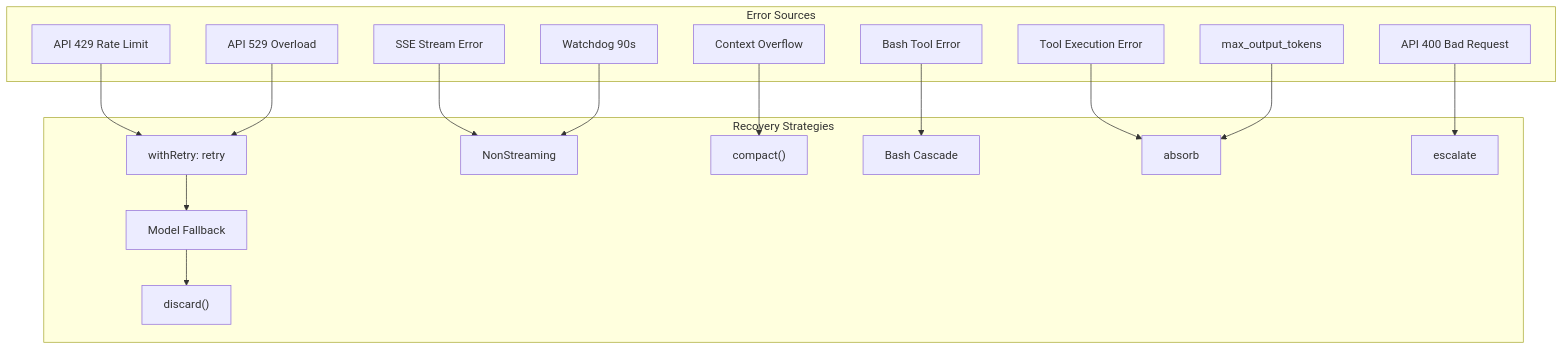
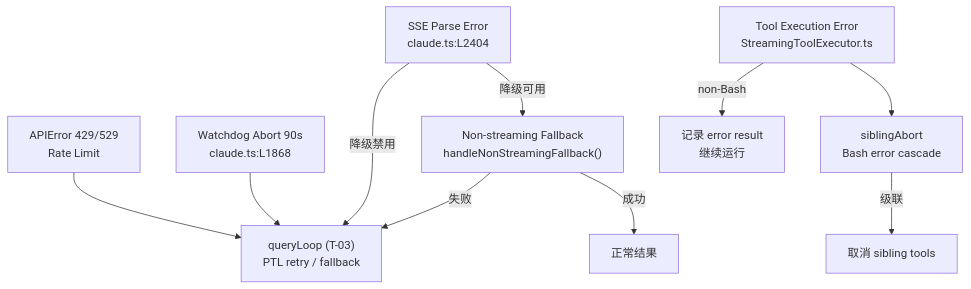
Before and after one commit to LiuYuuChen/clawcode_analysis: the seventh of 8 diagrams in branches/main/task-analyses/T-04-query-api-messages.md, drawn with Mermaid. The commit also changed other lines of this file and 137 other files, not shown here.

````diff
--- a/branches/main/task-analyses/T-04-query-api-messages.md
+++ b/branches/main/task-analyses/T-04-query-api-messages.md
@@ -887,35 +882,20 @@
 ```mermaid
 flowchart TD
-    subgraph ErrorSources["Error Sources"]
-        API429["API 429 Rate Limit"]
-        API529["API 529 Overload"]
-        API400["API 400 Bad Request"]
-        SSE_ERR["SSE Stream Error"]
-        WD["Watchdog 90s"]
-        TOOL_ERR["Tool Execution Error"]
-        BASH_ERR["Bash Tool Error"]
-        OVF["Context Overflow"]
-        MAX_TOKENS["max_output_tokens"]
-    end
-    subgraph Recovery["Recovery Strategies"]
-        RETRY["withRetry: retry"]
-        FALLBACK["Model Fallback"]
-        NONSTREAM["NonStreaming"]
-        COMPACT["compact()"]
-        DISCARD["discard()"]
-        CASCADE["Bash Cascade"]
-        ABSORB["absorb"]
-        ESCALATE["escalate"]
-    end
-    API429 --> RETRY
-    API529 --> RETRY
-    RETRY --> FALLBACK
-    FALLBACK --> DISCARD
-    SSE_ERR --> NONSTREAM
-    WD --> NONSTREAM
-    TOOL_ERR --> ABSORB
-    BASH_ERR --> CASCADE
-    OVF --> COMPACT
-    MAX_TOKENS --> ABSORB
-    API400 --> ESCALATE
+    API429["APIError 429/529<br/>Rate Limit"]
+    SSEErr["SSE Parse Error<br/>claude.ts:L2404"]
+    ToolErr["Tool Execution Error<br/>StreamingToolExecutor.ts"]
+    Watchdog["Watchdog Abort 90s<br/>claude.ts:L1868"]
+    Fallback["Non-streaming Fallback<br/>handleNonStreamingFallback()"]
+    SiblingAbort["siblingAbort<br/>Bash error cascade"]
+    QueryLoop["queryLoop (T-03)<br/>PTL retry / fallback"]
+    
+    API429 --> QueryLoop
+    SSEErr -->|"降级可用"| Fallback
+    SSEErr -->|"降级禁用"| QueryLoop
+    Fallback -->|"成功"| Result["正常结果"]
+    Fallback -->|"失败"| QueryLoop
+    ToolErr --> SiblingAbort
+    ToolErr -->|"non-Bash"| Absorb["记录 error result<br/>继续运行"]
+    Watchdog --> QueryLoop
+    SiblingAbort -->|"级联"| OtherTools["取消 sibling tools"]
 ```
````
